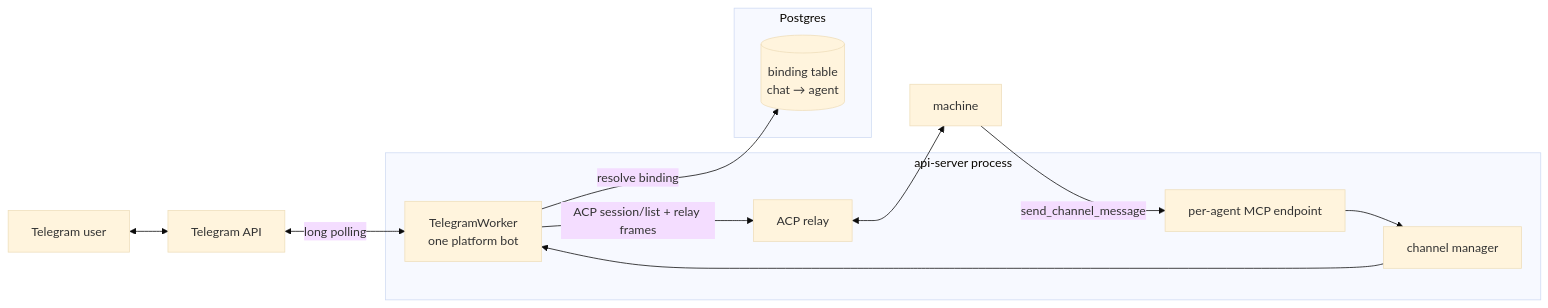
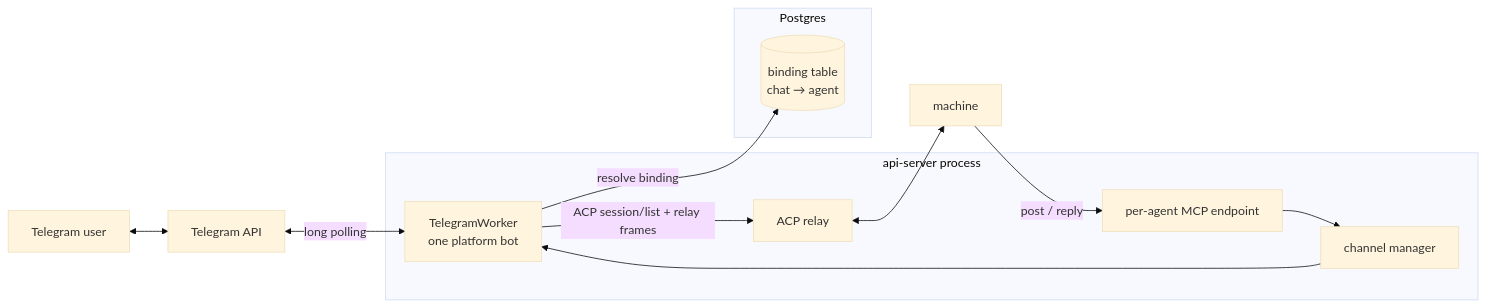
One commit to dam-agents/dam changed the second of 2 diagrams in docs/architecture/channels.md. Above: the diagram before and after it, drawn with Mermaid (base theme). The commit also changed other lines of this file and 6 other files, not shown here.

````diff
--- a/docs/architecture/channels.md
+++ b/docs/architecture/channels.md
@@ -167,27 +170,27 @@
 ```mermaid
 flowchart LR
   TU[Telegram user]
   TAPI[Telegram API]
 
   subgraph api-server[api-server process]
     CM[channel manager]
     TW[TelegramWorker<br/>one platform bot]
     MCP[per-agent MCP endpoint]
     REL[ACP relay]
   end
 
   subgraph DB[Postgres]
     BND[(binding table<br/>chat → agent)]
   end
 
   POD[machine]
 
   TU <--> TAPI
   TAPI <-- long polling --> TW
   CM --> TW
   TW -- resolve binding --> BND
   TW -- ACP session/list + relay frames --> REL
   REL <--> POD
-  POD -- send_channel_message --> MCP
+  POD -- post / reply --> MCP
   MCP --> CM
 ```
````
